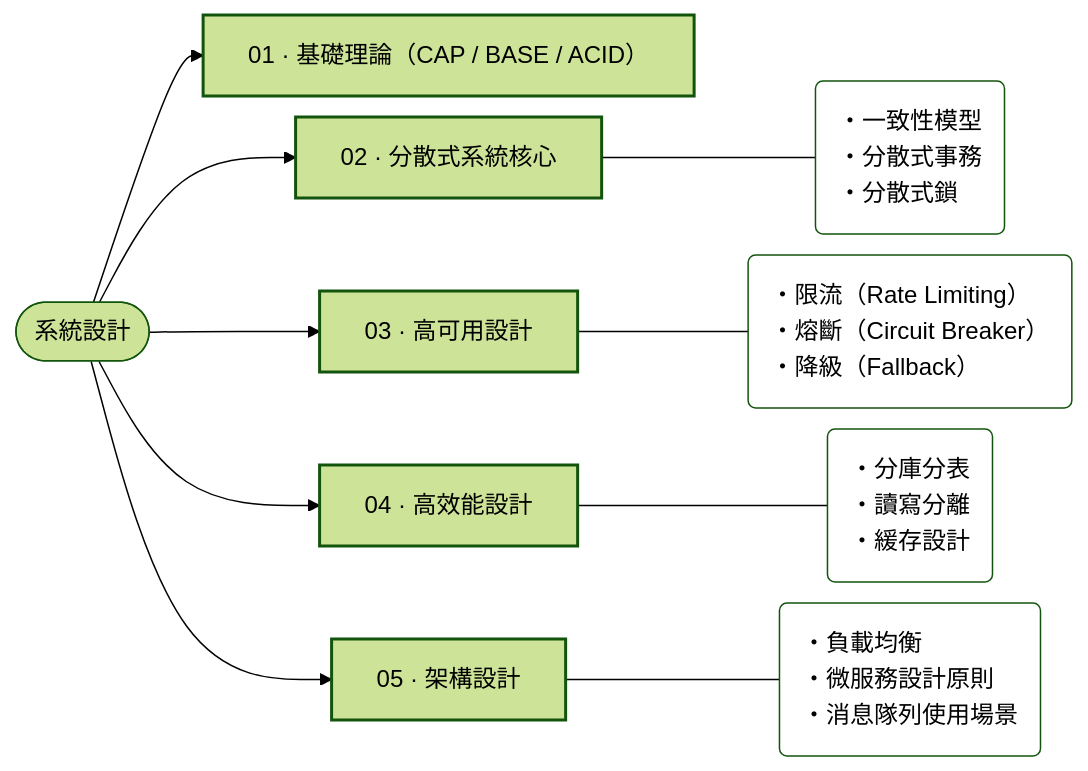
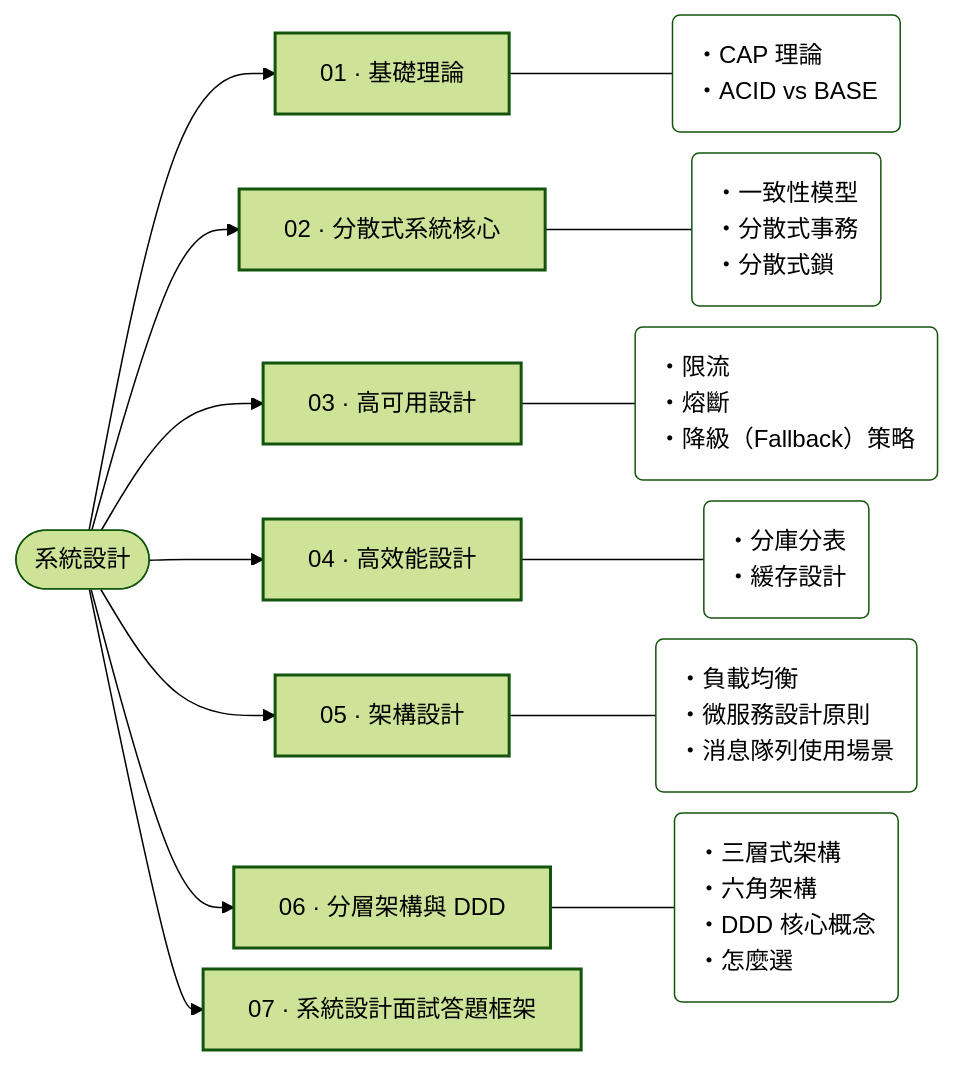
The diagram in docs/architecture/system-design/index.md (AnthonyFuFu/StudyNotes), drawn with Mermaid (forest theme) before and after one commit. The commit also changed other lines of this file and 93 other files, not shown here.

````diff
--- a/docs/architecture/system-design/index.md
+++ b/docs/architecture/system-design/index.md
@@ -13,27 +13,35 @@
 ``` mermaid
 %%{init: {"flowchart": {"nodeSpacing": 14, "rankSpacing": 36, "wrappingWidth": 420}}}%%
 flowchart LR
     R(["系統設計"])
-    c0["01 · 基礎理論（CAP / BASE / ACID）"]
+    c0["01 · 基礎理論"]
     R --> c0
+    p0("・CAP 理論<br>・ACID vs BASE")
+    c0 --- p0
     c1["02 · 分散式系統核心"]
     R --> c1
     p1("・一致性模型<br>・分散式事務<br>・分散式鎖")
     c1 --- p1
     c2["03 · 高可用設計"]
     R --> c2
-    p2("・限流（Rate Limiting）<br>・熔斷（Circuit Breaker）<br>・降級（Fallback）")
+    p2("・限流<br>・熔斷<br>・降級（Fallback）策略")
     c2 --- p2
     c3["04 · 高效能設計"]
     R --> c3
-    p3("・分庫分表<br>・讀寫分離<br>・緩存設計")
+    p3("・分庫分表<br>・緩存設計")
     c3 --- p3
     c4["05 · 架構設計"]
     R --> c4
     p4("・負載均衡<br>・微服務設計原則<br>・消息隊列使用場景")
     c4 --- p4
+    c5["06 · 分層架構與 DDD"]
+    R --> c5
+    p5("・三層式架構<br>・六角架構<br>・DDD 核心概念<br>・怎麼選")
+    c5 --- p5
+    c6["07 · 系統設計面試答題框架"]
+    R --> c6
     classDef chapter stroke-width:2px
     classDef points fill:transparent,text-align:left
-    class c0,c1,c2,c3,c4 chapter
-    class p1,p2,p3,p4 points
+    class c0,c1,c2,c3,c4,c5,c6 chapter
+    class p0,p1,p2,p3,p4,p5 points
 ```
````
